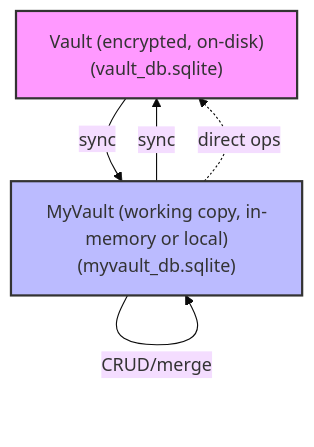
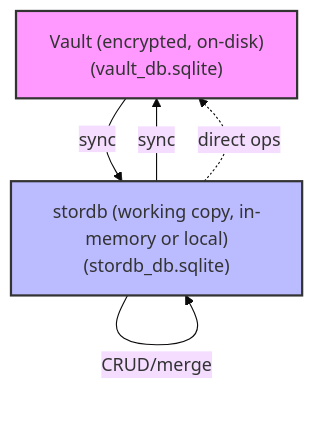
The diagram in README.md (vrwmiller/stordb), drawn with Mermaid (base theme) before and after one commit. The commit also changed 1 other file, not shown here.

Commit message:
Update diagram: rename to stordb, fix line breaks, improve visual clarity in README.md and docs/vault_flowchart.mmd

````diff
--- a/README.md
+++ b/README.md
@@ -11,16 +11,16 @@
 ```mermaid
 flowchart TD
-    Vault["Vault (encrypted, on-disk)\n(vault_db.sqlite)"]
-    myvault["MyVault (working copy, in-memory or local)\n(myvault_db.sqlite)"]
+    Vault["Vault (encrypted, on-disk)<br>(vault_db.sqlite)"]
+    stordb["stordb (working copy, in-memory or local)<br>(stordb_db.sqlite)"]
 
-    myvault -->|CRUD/merge| myvault
-    myvault -->|sync| Vault
-    Vault -->|sync| myvault
-    myvault -.->|direct ops| Vault
+    stordb -->|CRUD/merge| stordb
+    stordb -->|sync| Vault
+    Vault -->|sync| stordb
+    stordb -.->|direct ops| Vault
 
     %% Legend
     classDef vaultStyle fill:#f9f,stroke:#333,stroke-width:2px;
-    classDef myvaultStyle fill:#bbf,stroke:#333,stroke-width:2px;
+    classDef stordbStyle fill:#bbf,stroke:#333,stroke-width:2px;
     class Vault vaultStyle;
-    class myvault myvaultStyle;
+    class stordb stordbStyle;
 ```
````
